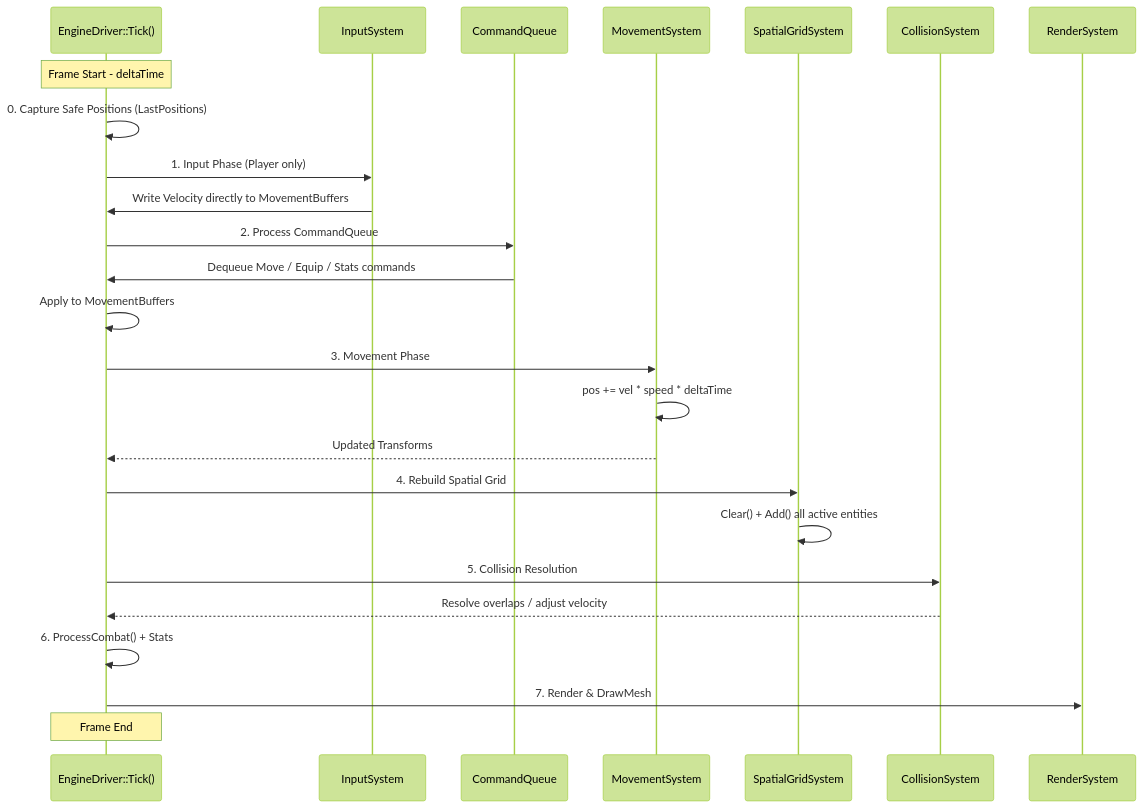
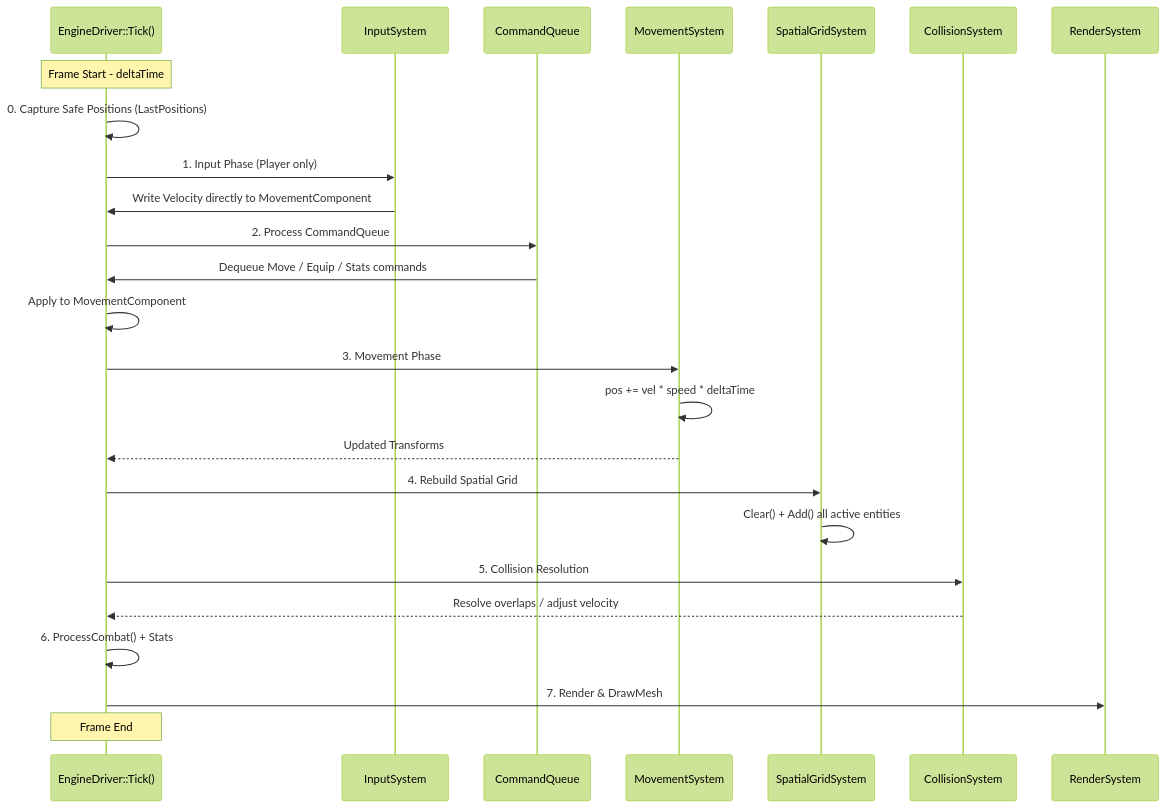
Before and after one commit to cheomanigua/cplus-docs: the diagram in docs/movement.md, drawn with Mermaid (forest theme). The commit also changed other lines of this file and 4 other files, not shown here.

````diff
--- a/docs/movement.md
+++ b/docs/movement.md
@@ -25,39 +25,39 @@
 ```mermaid
 sequenceDiagram
     participant ED as EngineDriver::Tick()
     participant Input as InputSystem
     participant Queue as CommandQueue
     participant Move as MovementSystem
     participant Spatial as SpatialGridSystem
     participant Collision as CollisionSystem
     participant Render as RenderSystem
 
     Note over ED: Frame Start - deltaTime
 
     ED->>ED: 0. Capture Safe Positions (LastPositions)
 
     %% Player Path
     ED->>Input: 1. Input Phase (Player only)
-    Input->>ED: Write Velocity directly to MovementBuffers
+    Input->>ED: Write Velocity directly to MovementComponent
 
     %% NPC / External Path
     ED->>Queue: 2. Process CommandQueue
     Queue->>ED: Dequeue Move / Equip / Stats commands
-    ED->>ED: Apply to MovementBuffers
+    ED->>ED: Apply to MovementComponent
 
     ED->>Move: 3. Movement Phase
     Move->>Move: pos += vel * speed * deltaTime
     Move-->>ED: Updated Transforms
 
     ED->>Spatial: 4. Rebuild Spatial Grid
     Spatial->>Spatial: Clear() + Add() all active entities
 
     ED->>Collision: 5. Collision Resolution
     Collision-->>ED: Resolve overlaps / adjust velocity
 
     ED->>ED: 6. ProcessCombat() + Stats
     ED->>Render: 7. Render & DrawMesh
 
     Note over ED: Frame End
 
 ```
````
